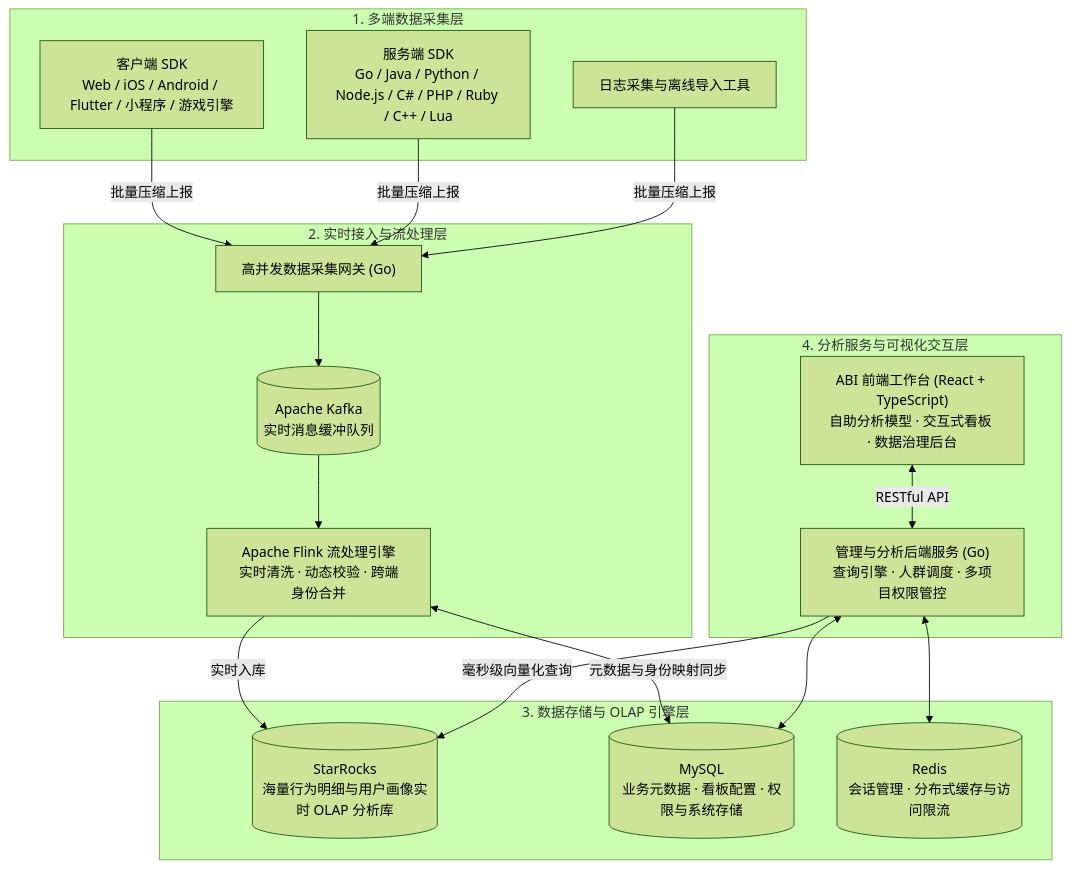
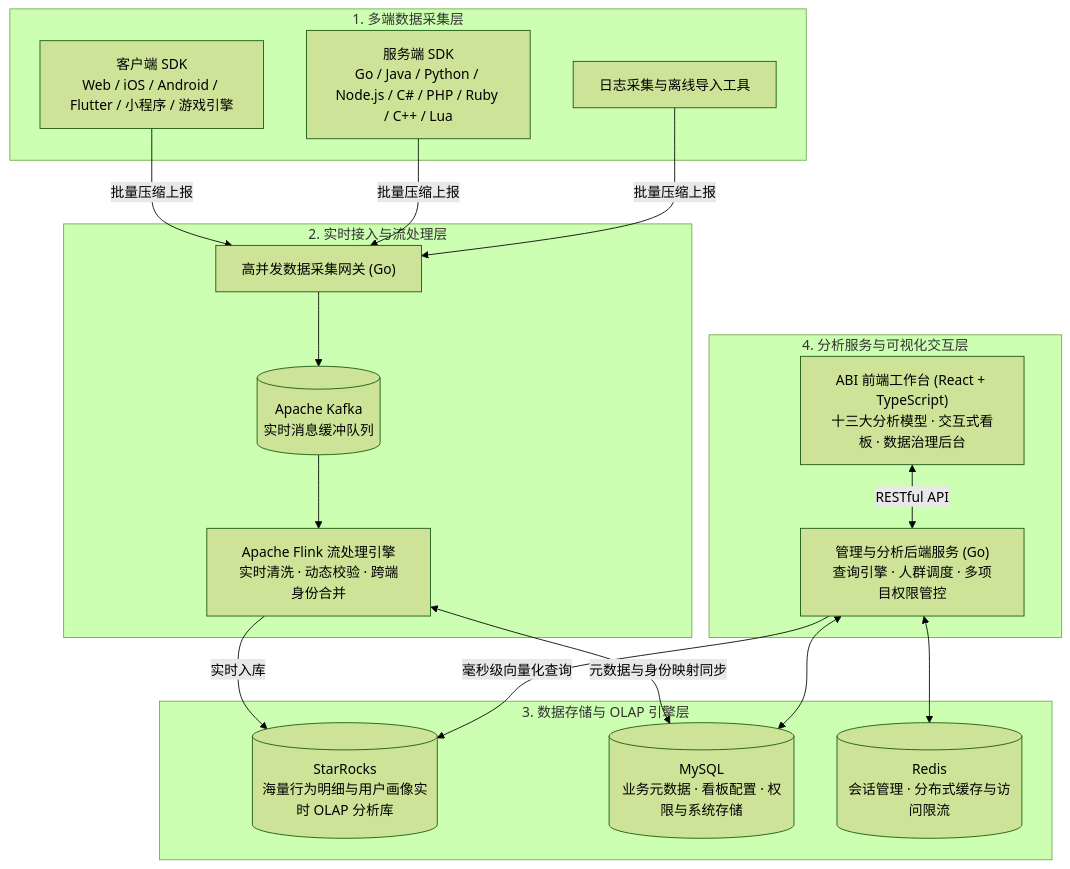
One commit to letmetodo/Analytics-Instrumentation-Event-Tracking changed the diagram in README.md. Above: the diagram before and after it, drawn with Mermaid (forest theme). The commit also changed other lines of this file and 39 other files, not shown here.

````diff
--- a/README.md
+++ b/README.md
@@ -172,45 +233,45 @@
 ```mermaid
 flowchart TB
     subgraph Collect["1. 多端数据采集层"]
         Client["客户端 SDK
 Web / iOS / Android / Flutter / 小程序 / 游戏引擎"]
         Server["服务端 SDK
 Go / Java / Python / Node.js / C# / PHP / Ruby / C++ / Lua"]
         Import["日志采集与离线导入工具"]
     end
 
     subgraph Pipeline["2. 实时接入与流处理层"]
         Gateway["高并发数据采集网关 (Go)"]
         MQ[("Apache Kafka
 实时消息缓冲队列")]
         Stream["Apache Flink 流处理引擎
 实时清洗 · 动态校验 · 跨端身份合并"]
     end
 
     subgraph DataStore["3. 数据存储与 OLAP 引擎层"]
         OLAP[("StarRocks
 海量行为明细与用户画像实时 OLAP 分析库")]
         RDBMS[("MySQL
 业务元数据 · 看板配置 · 权限与系统存储")]
         Cache[("Redis
 会话管理 · 分布式缓存与访问限流")]
     end
 
     subgraph Application["4. 分析服务与可视化交互层"]
         API["管理与分析后端服务 (Go)
 查询引擎 · 人群调度 · 多项目权限管控"]
         Web["ABI 前端工作台 (React + TypeScript)
-自助分析模型 · 交互式看板 · 数据治理后台"]
+十三大分析模型 · 交互式看板 · 数据治理后台"]
     end
 
     Client & Server & Import -->|"批量压缩上报"| Gateway
     Gateway --> MQ
     MQ --> Stream
     Stream -->|"实时入库"| OLAP
     Stream <-->|"元数据与身份映射同步"| RDBMS
 
     Web <-->|"RESTful API"| API
     API -->|"毫秒级向量化查询"| OLAP
     API <--> RDBMS
     API <--> Cache
 ```
````
